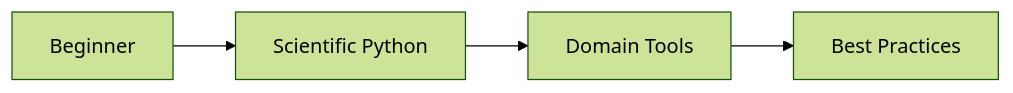
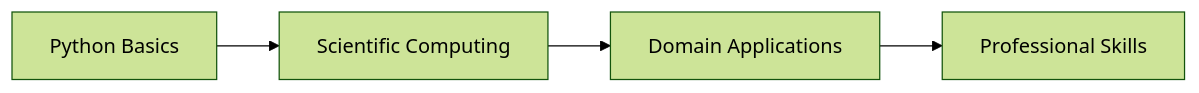
One commit to johnlavelle/python-learning-pathways changed the diagram in slides.md. Above: the diagram before and after it, drawn with Mermaid (forest theme). The commit also changed other lines of this file, not shown here.

````diff
--- a/slides.md
+++ b/slides.md
@@ -65,6 +65,6 @@
 ```mermaid
 graph LR
-    A[Beginner] --> B[Scientific Python]
-    B --> C[Domain Tools]
-    C --> D[Best Practices]
+    A[Python Basics] --> B[Scientific Computing]
+    B --> C[Domain Applications]
+    C --> D[Professional Skills]
 ```
````
